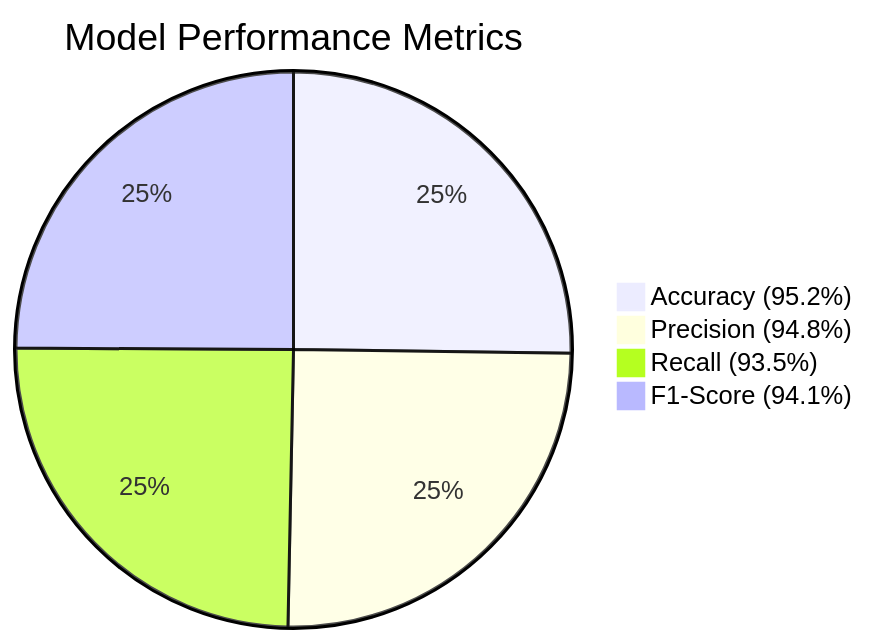
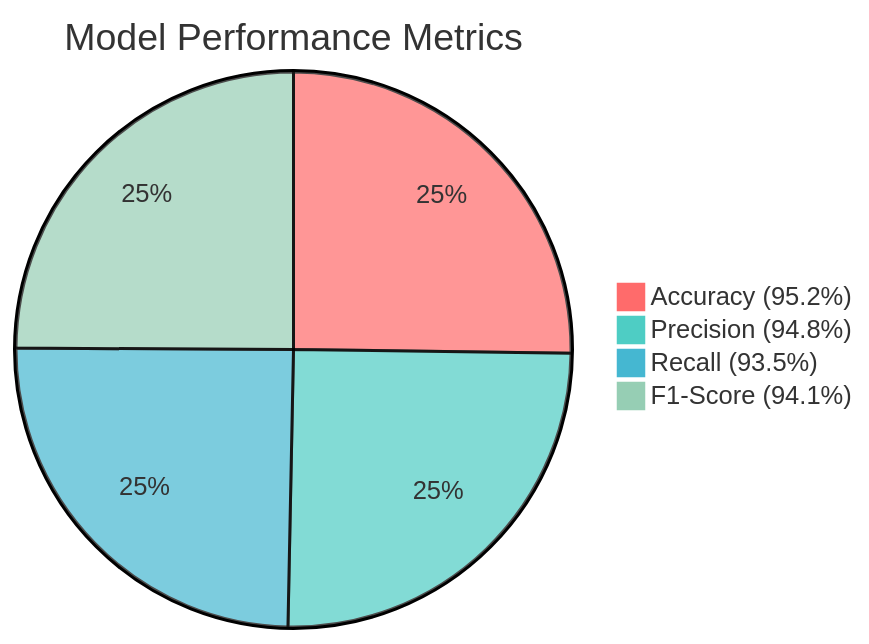
The seventh of 9 diagrams in README.md (Charan703/E2E_NetworkSecurity), drawn with Mermaid before and after one commit. The commit also changed other lines of this file and 6 other files, not shown here.

````diff
--- a/README.md
+++ b/README.md
@@ -571,7 +588,9 @@
 ```mermaid
 pie title Model Performance Metrics
     "Accuracy (95.2%)" : 95.2
     "Precision (94.8%)" : 94.8
     "Recall (93.5%)" : 93.5
     "F1-Score (94.1%)" : 94.1
+    
+    %%{init: {'theme':'base', 'themeVariables': { 'pie1': '#FF6B6B', 'pie2': '#4ECDC4', 'pie3': '#45B7D1', 'pie4': '#96CEB4', 'pieOuterStrokeWidth': '2px'}}}%%
 ```
````
